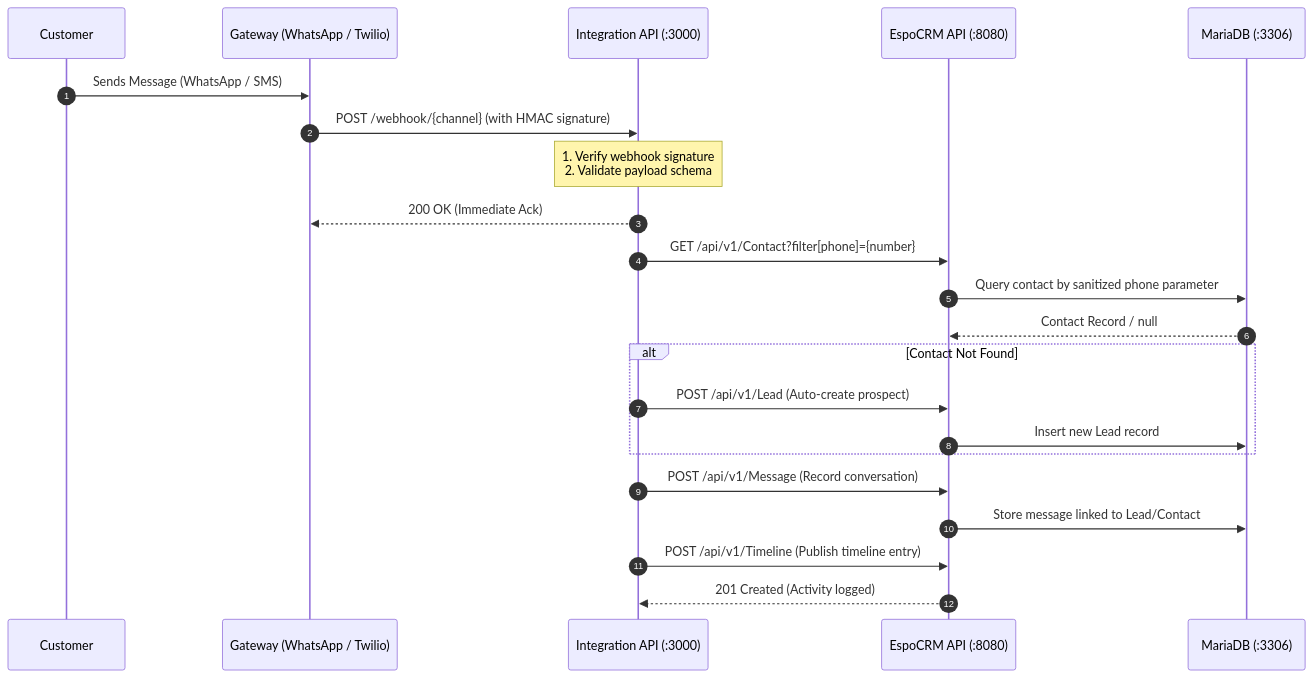
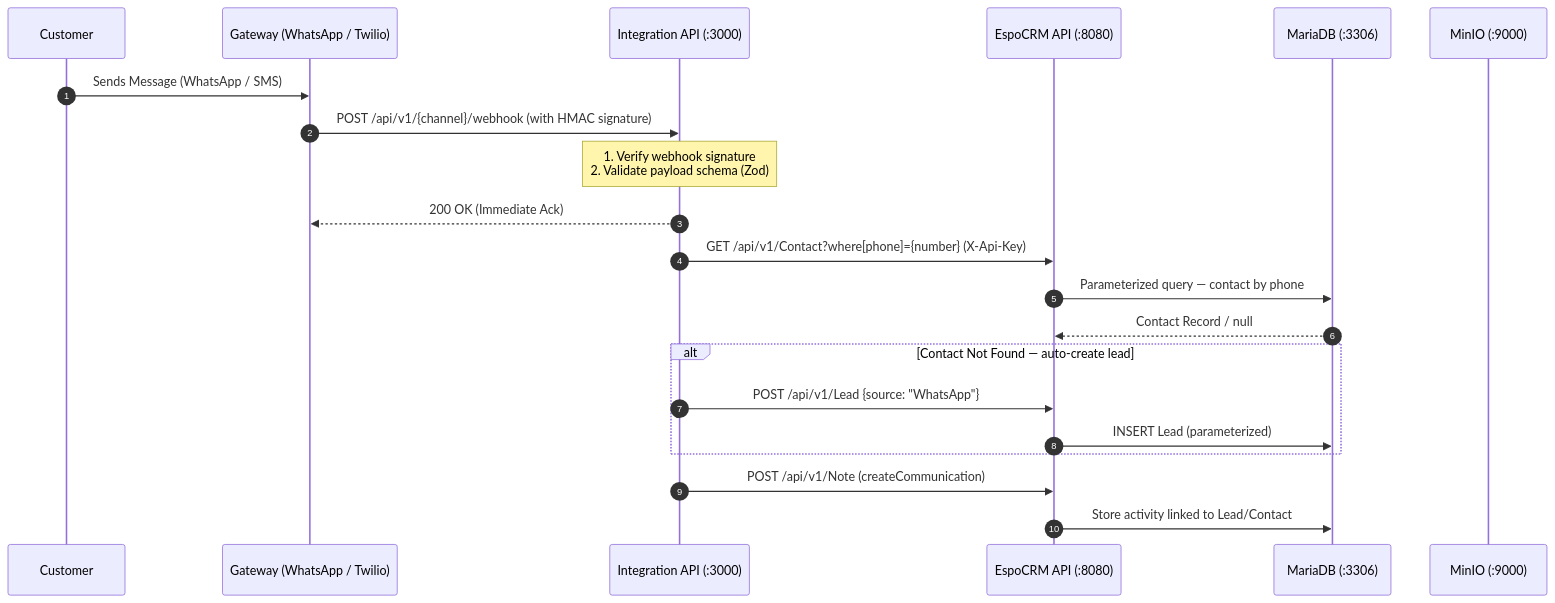
The second of 3 diagrams in docs/architecture.md (Harry1402/nexuscrm), drawn with Mermaid before and after one commit. The commit also changed other lines of this file and 16 other files, not shown here.

````diff
--- a/docs/architecture.md
+++ b/docs/architecture.md
@@ -106,25 +124,24 @@
 ```mermaid
 sequenceDiagram
     autonumber
     participant Cust as Customer
     participant Ext as Gateway (WhatsApp / Twilio)
     participant API as Integration API (:3000)
     participant Espo as EspoCRM API (:8080)
     participant DB as MariaDB (:3306)
+    participant S3 as MinIO (:9000)
 
     Cust->>Ext: Sends Message (WhatsApp / SMS)
-    Ext->>API: POST /webhook/{channel} (with HMAC signature)
-    Note over API: 1. Verify webhook signature<br/>2. Validate payload schema
+    Ext->>API: POST /api/v1/{channel}/webhook (with HMAC signature)
+    Note over API: 1. Verify webhook signature<br/>2. Validate payload schema (Zod)
     API-->>Ext: 200 OK (Immediate Ack)
-    API->>Espo: GET /api/v1/Contact?filter[phone]={number}
-    Espo->>DB: Query contact by sanitized phone parameter
+    API->>Espo: GET /api/v1/Contact?where[phone]={number} (X-Api-Key)
+    Espo->>DB: Parameterized query — contact by phone
     DB-->>Espo: Contact Record / null
-    alt Contact Not Found
-        API->>Espo: POST /api/v1/Lead (Auto-create prospect)
-        Espo->>DB: Insert new Lead record
+    alt Contact Not Found — auto-create lead
+        API->>Espo: POST /api/v1/Lead {source: "WhatsApp"}
+        Espo->>DB: INSERT Lead (parameterized)
     end
-    API->>Espo: POST /api/v1/Message (Record conversation)
-    Espo->>DB: Store message linked to Lead/Contact
-    API->>Espo: POST /api/v1/Timeline (Publish timeline entry)
-    Espo-->>API: 201 Created (Activity logged)
+    API->>Espo: POST /api/v1/Note (createCommunication)
+    Espo->>DB: Store activity linked to Lead/Contact
 ```
````
